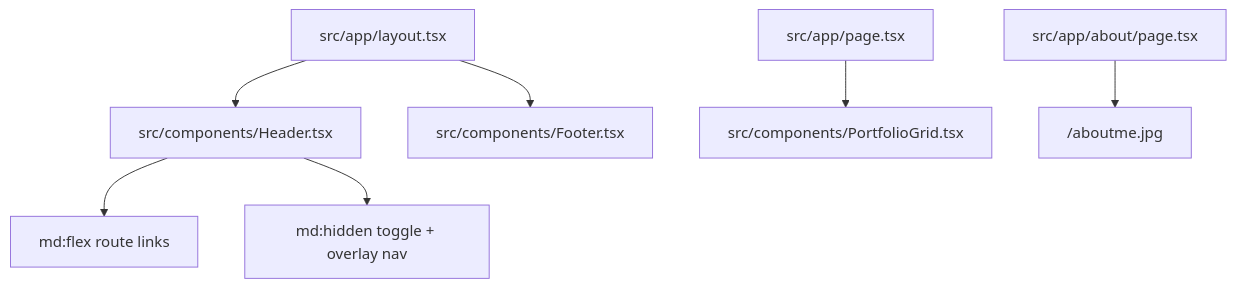
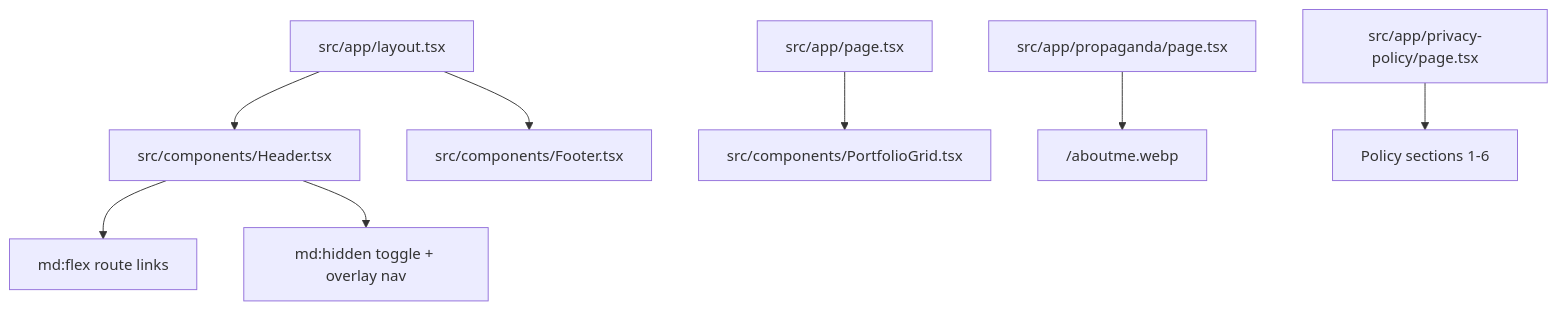
Before and after one commit to vele616/website-petra: the diagram in lode/ui/summary.md, drawn with Mermaid. The commit also changed other lines of this file and 7 other files, not shown here.

Commit message:
chore: privacy policy page

````diff
--- a/lode/ui/summary.md
+++ b/lode/ui/summary.md
@@ -14,9 +15,10 @@
 ```mermaid
 graph TD
   Layout["src/app/layout.tsx"] --> Header["src/components/Header.tsx"]
   Layout --> Footer["src/components/Footer.tsx"]
   Home["src/app/page.tsx"] --> PortfolioGrid["src/components/PortfolioGrid.tsx"]
-  About["src/app/about/page.tsx"] --> AboutImage["/aboutme.jpg"]
+  About["src/app/propaganda/page.tsx"] --> AboutImage["/aboutme.webp"]
+  Privacy["src/app/privacy-policy/page.tsx"] --> LegalCopy["Policy sections 1-6"]
   Header --> DesktopNav["md:flex route links"]
   Header --> MobileNav["md:hidden toggle + overlay nav"]
 ```
````
